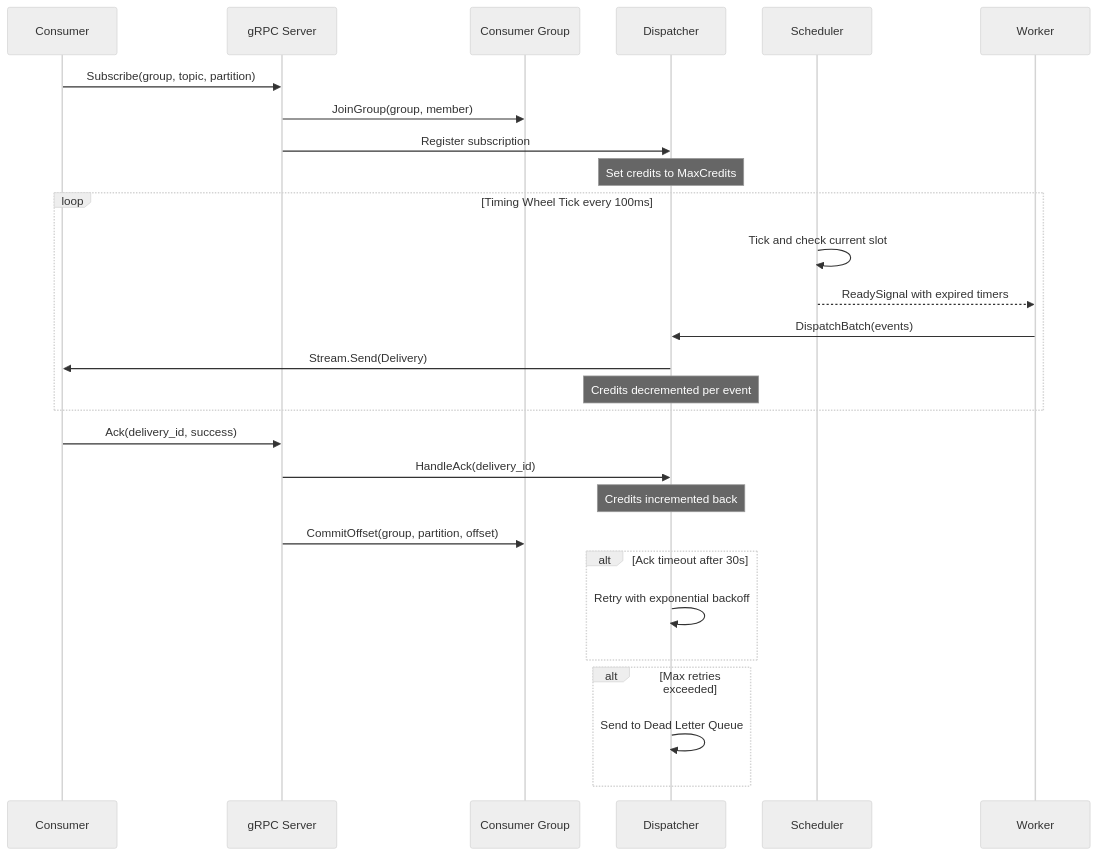
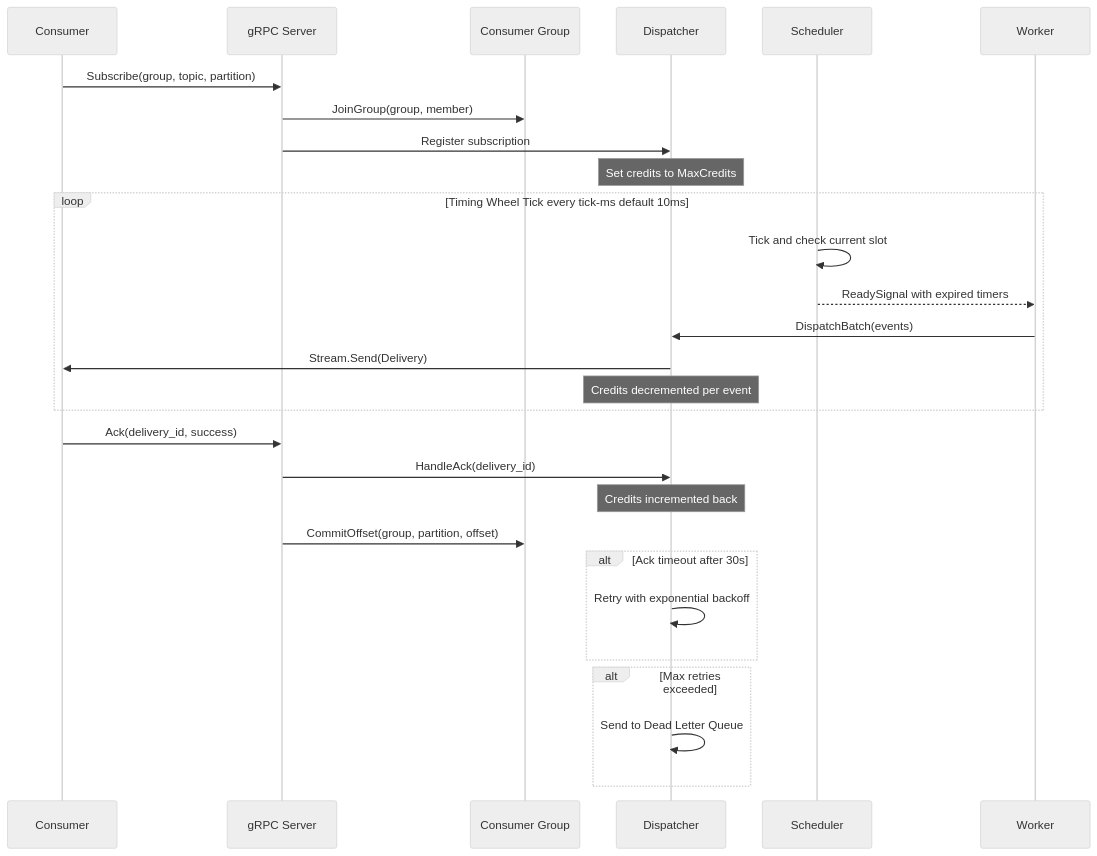
Before and after one commit to jatin711-debug/cronos_db_golang: the sixth of 47 diagrams in ARCHITECTURE.md, drawn with Mermaid (neutral theme). The commit also changed other lines of this file and 24 other files, not shown here.

First line of the commit message:
docs: align architecture docs and mermaid with current runtime

````diff
--- a/ARCHITECTURE.md
+++ b/ARCHITECTURE.md
@@ -258,35 +260,35 @@
 ```mermaid
 sequenceDiagram
     participant Client as Consumer
     participant gRPC as gRPC Server
     participant CG as Consumer Group
     participant DSP as Dispatcher
     participant SCH as Scheduler
     participant WRK as Worker
 
     Client->>gRPC: Subscribe(group, topic, partition)
     gRPC->>CG: JoinGroup(group, member)
     gRPC->>DSP: Register subscription
     Note over DSP: Set credits to MaxCredits
 
-    loop Timing Wheel Tick every 100ms
+    loop Timing Wheel Tick every tick-ms default 10ms
         SCH->>SCH: Tick and check current slot
         SCH-->>WRK: ReadySignal with expired timers
         WRK->>DSP: DispatchBatch(events)
         DSP->>Client: Stream.Send(Delivery)
         Note over DSP: Credits decremented per event
     end
 
     Client->>gRPC: Ack(delivery_id, success)
     gRPC->>DSP: HandleAck(delivery_id)
     Note over DSP: Credits incremented back
     gRPC->>CG: CommitOffset(group, partition, offset)
 
     alt Ack timeout after 30s
         DSP->>DSP: Retry with exponential backoff
     end
 
     alt Max retries exceeded
         DSP->>DSP: Send to Dead Letter Queue
     end
 ```
````
